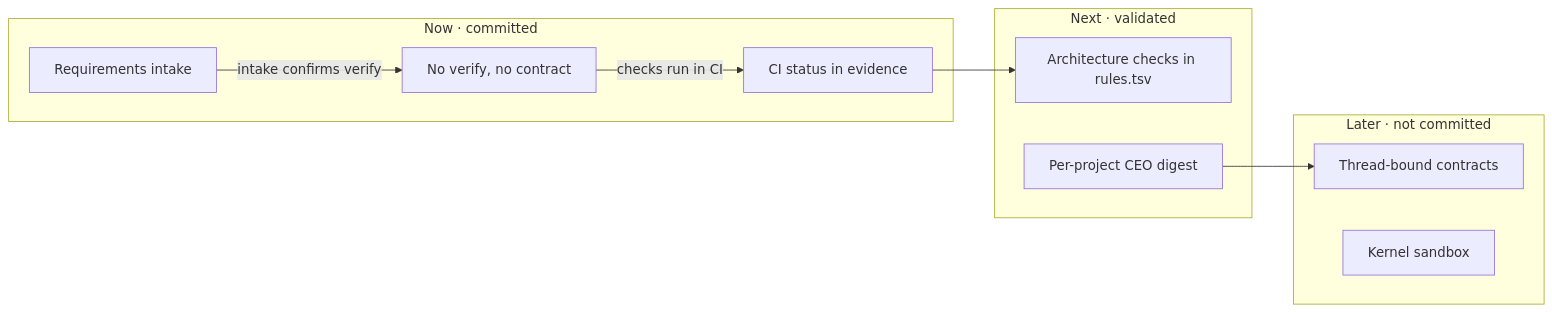
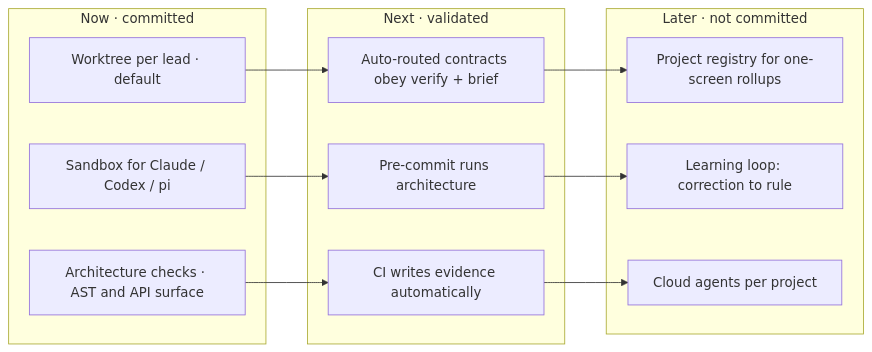
Before and after one commit to shivam2014/ratchet: the diagram in docs/diagrams/roadmap.mmd, drawn with Mermaid. The commit also changed 6 other files, not shown here.

Commit message:
docs: refresh the status diagrams and test count

```diff
--- a/docs/diagrams/roadmap.mmd
+++ b/docs/diagrams/roadmap.mmd
@@ -1,20 +1,23 @@
 %% title: Now, next, later
-%% last_verified: 2026-10-30
-%% review_due: 2027-01-30
+%% last_verified: 2026-10-31
+%% review_due: 2027-01-31
 flowchart LR
   subgraph Now["Now · committed"]
-    N1["Requirements intake"]
-    N2["No verify, no contract"]
-    N3["CI status in evidence"]
+    N1["Worktree per lead · default"]
+    N2["Sandbox for Claude / Codex / pi"]
+    N3["Architecture checks · AST and API surface"]
   end  subgraph Next["Next · validated"]
-    X1["Architecture checks in rules.tsv"]
-    X2["Per-project CEO digest"]
+    X1["Auto-routed contracts obey verify + brief"]
+    X2["Pre-commit runs architecture"]
+    X3["CI writes evidence automatically"]
+  end  subgraph Later["Later · not committed"]
+    L1["Project registry for one-screen rollups"]
+    L2["Learning loop: correction to rule"]
+    L3["Cloud agents per project"]
   end
-  subgraph Later["Later · not committed"]
-    L1["Thread-bound contracts"]
-    L2["Kernel sandbox"]
-  end
-  N1 -->|intake confirms verify| N2
-  N2 -->|checks run in CI| N3
-  N3 --> X1
-  X2 --> L1
+  N1 --> X1
+  N2 --> X2
+  N3 --> X3
+  X1 --> L1
+  X2 --> L2
+  X3 --> L3
```
